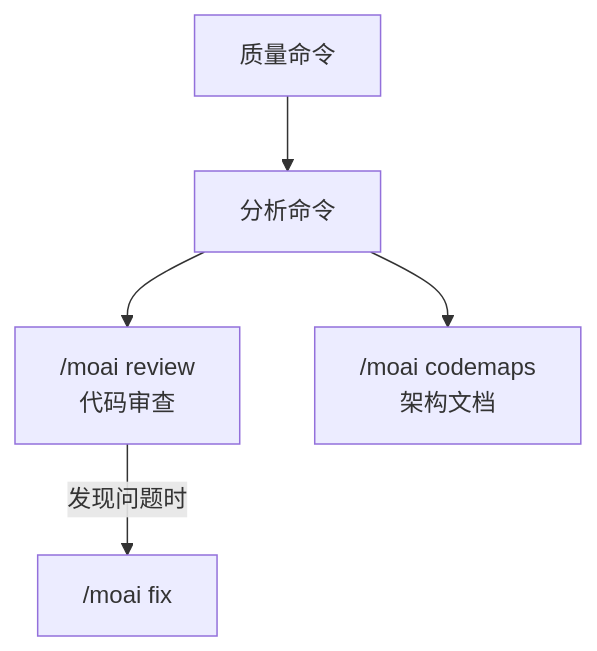
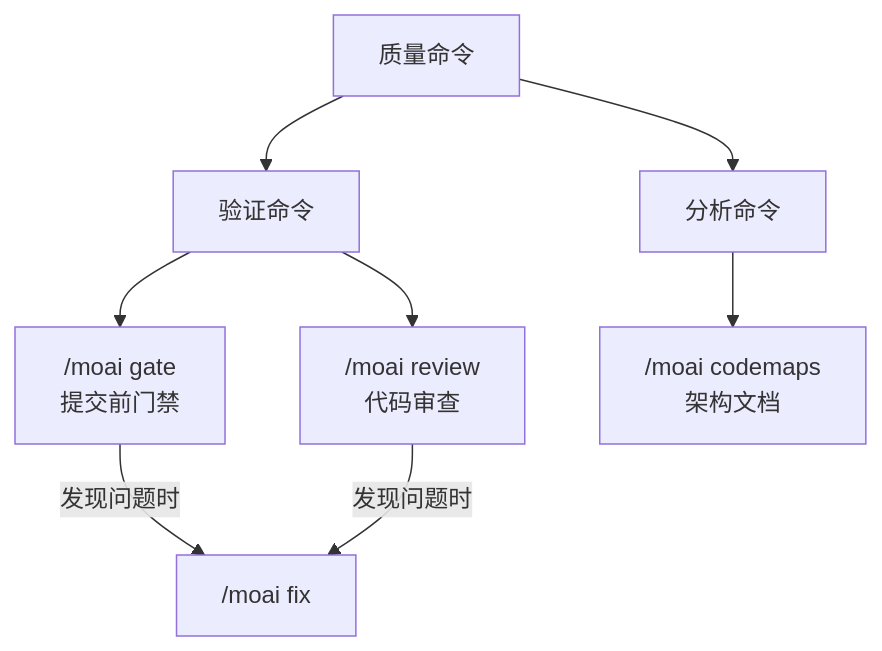
The diagram in docs-site/content/zh/quality-commands/_index.md (modu-ai/moai-adk), drawn with Mermaid before and after one commit. The commit also changed other lines of this file and 395 other files, not shown here.

````diff
--- a/docs-site/content/zh/quality-commands/_index.md
+++ b/docs-site/content/zh/quality-commands/_index.md
@@ -22,9 +27,12 @@
 ```mermaid
 flowchart TD
-    A[质量命令] --> B[分析命令]
+    A[质量命令] --> B[验证命令]
+    A --> C[分析命令]
 
+    B --> G["/moai gate<br/>提交前门禁"]
     B --> D["/moai review<br/>代码审查"]
-    B --> E["/moai codemaps<br/>架构文档"]
+    C --> E["/moai codemaps<br/>架构文档"]
 
-    D -->|发现问题时| H["/moai fix"]
+    G -->|发现问题时| H["/moai fix"]
+    D -->|发现问题时| H
 ```
````
